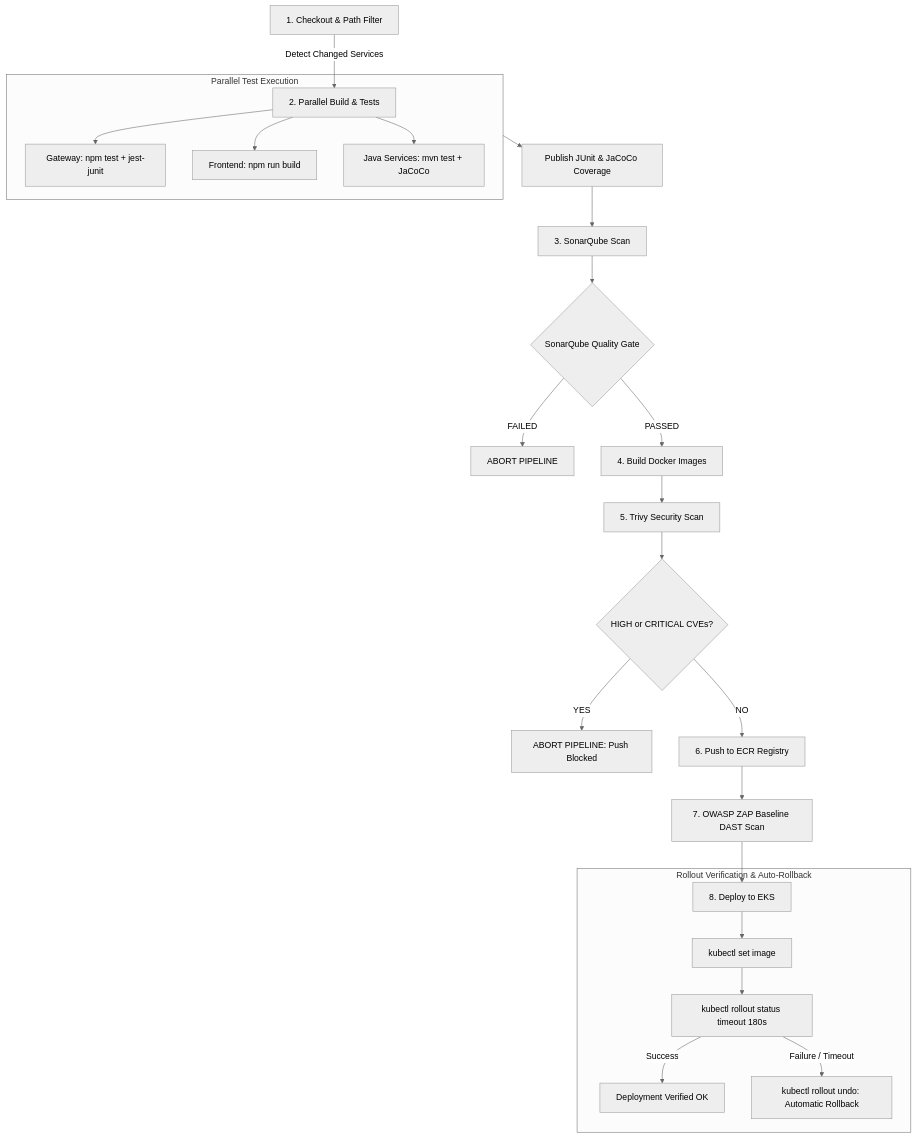
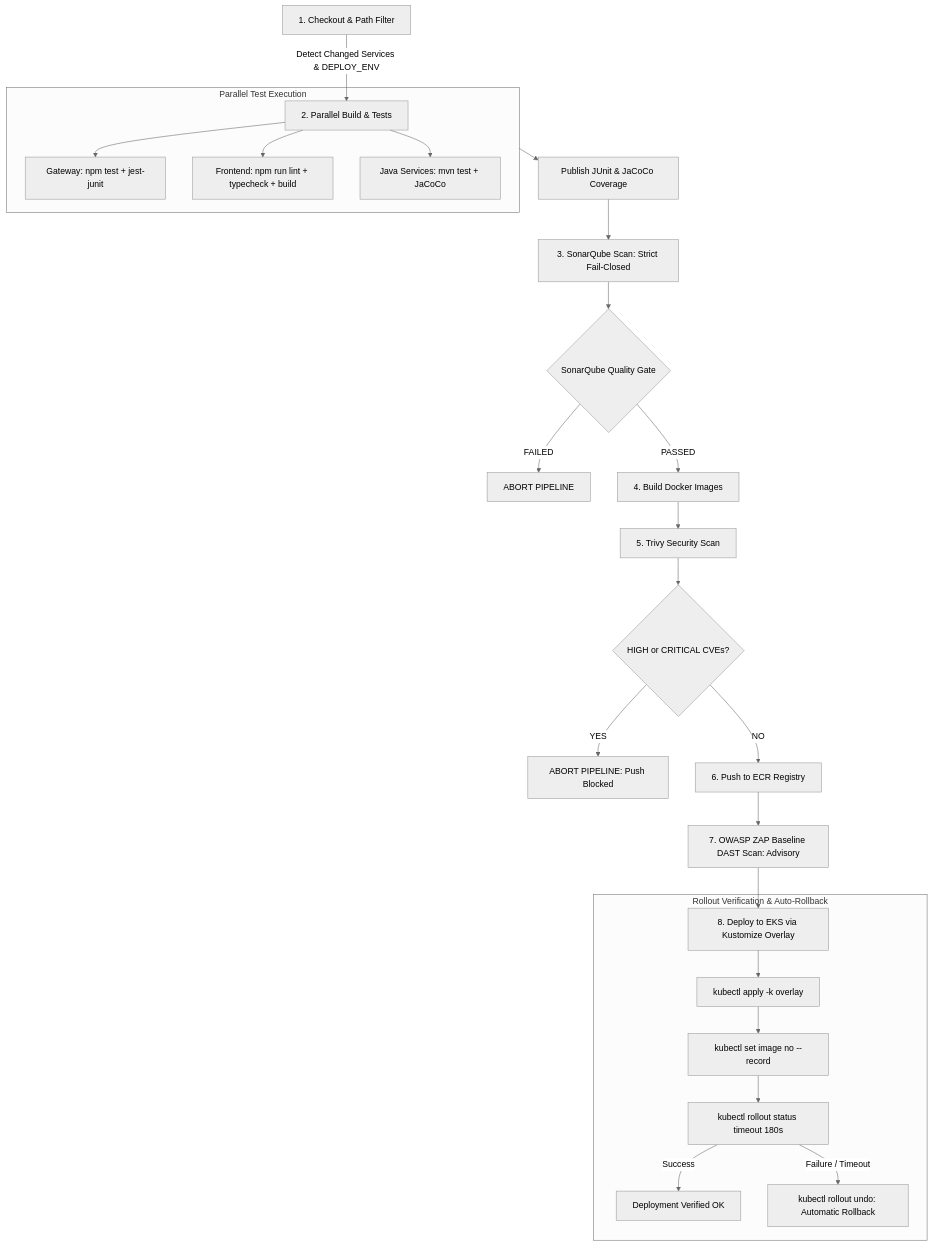
The diagram in ci/README.md (adityapichikala/Digital-Twin), drawn with Mermaid (neutral theme) before and after one commit. The commit also changed other lines of this file and 111 other files, not shown here.

````diff
--- a/ci/README.md
+++ b/ci/README.md
@@ -9,33 +9,34 @@
 ```mermaid
 flowchart TD
-    A[1. Checkout & Path Filter] -->|Detect Changed Services| B[2. Parallel Build & Tests]
+    A[1. Checkout & Path Filter] -->|Detect Changed Services & DEPLOY_ENV| B[2. Parallel Build & Tests]
     
     subgraph BuildAndTest [Parallel Test Execution]
         B --> B1[Gateway: npm test + jest-junit]
-        B --> B2[Frontend: npm run build]
+        B --> B2[Frontend: npm run lint + typecheck + build]
         B --> B3[Java Services: mvn test + JaCoCo]
     end
     
     BuildAndTest --> C[Publish JUnit & JaCoCo Coverage]
-    C --> D[3. SonarQube Scan]
+    C --> D[3. SonarQube Scan: Strict Fail-Closed]
     D --> E{SonarQube Quality Gate}
     
     E -->|FAILED| E_FAIL[ABORT PIPELINE]
     E -->|PASSED| F[4. Build Docker Images]
     
     F --> G[5. Trivy Security Scan]
     G --> H{HIGH or CRITICAL CVEs?}
     
     H -->|YES| H_FAIL[ABORT PIPELINE: Push Blocked]
     H -->|NO| I[6. Push to ECR Registry]
     
-    I --> J[7. OWASP ZAP Baseline DAST Scan]
-    J --> K[8. Deploy to EKS]
+    I --> J[7. OWASP ZAP Baseline DAST Scan: Advisory]
+    J --> K[8. Deploy to EKS via Kustomize Overlay]
     
     subgraph RolloutVerification [Rollout Verification & Auto-Rollback]
-        K --> L[kubectl set image]
-        L --> M[kubectl rollout status timeout 180s]
-        M -->|Success| N[Deployment Verified OK]
-        M -->|Failure / Timeout| O[kubectl rollout undo: Automatic Rollback]
+        K --> L[kubectl apply -k overlay]
+        L --> M[kubectl set image no --record]
+        M --> N[kubectl rollout status timeout 180s]
+        N -->|Success| O[Deployment Verified OK]
+        N -->|Failure / Timeout| P[kubectl rollout undo: Automatic Rollback]
     end
 ```
````
